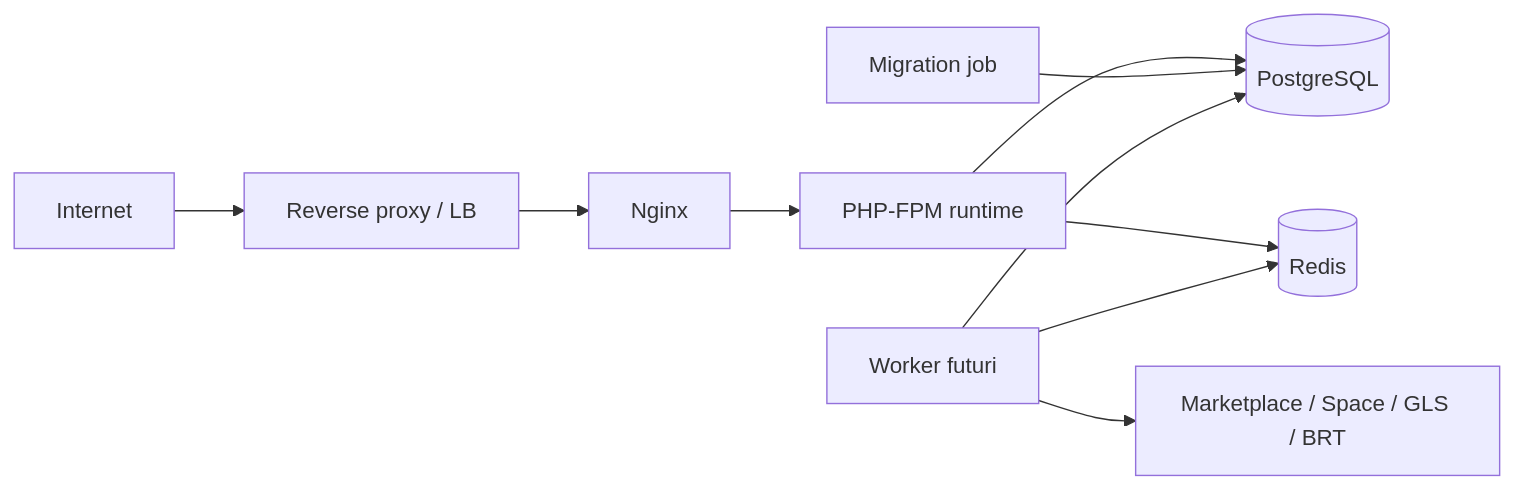
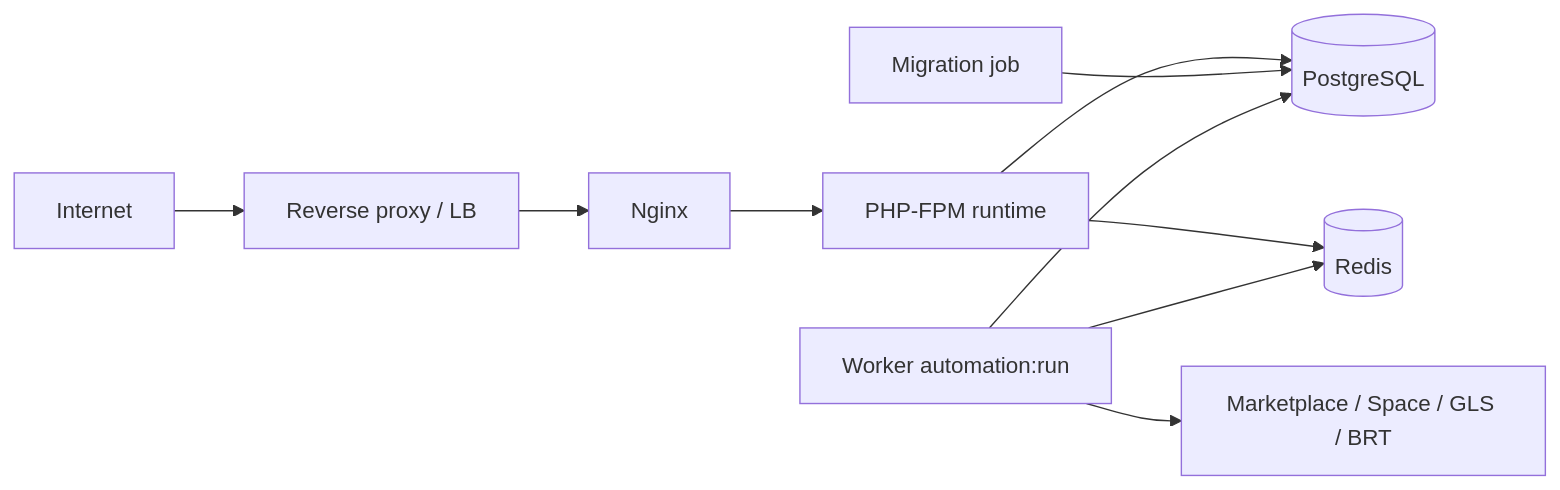
One commit to jellero/hapa changed the fifth of 5 diagrams in docs/ARCHITECTURE.md. Above: the diagram before and after it, drawn with Mermaid. The commit also changed other lines of this file and 84 other files, not shown here.

````diff
--- a/docs/ARCHITECTURE.md
+++ b/docs/ARCHITECTURE.md
@@ -1325,12 +1327,12 @@
 ```mermaid
 flowchart LR
     Internet --> Proxy[Reverse proxy / LB]
     Proxy --> Nginx
     Nginx --> PHP[PHP-FPM runtime]
     PHP --> Postgres[(PostgreSQL)]
     PHP --> Redis[(Redis)]
     Migration[Migration job] --> Postgres
-    Worker[Worker futuri] --> Postgres
+    Worker[Worker automation:run] --> Postgres
     Worker --> Redis
     Worker --> Providers[Marketplace / Space / GLS / BRT]
 ```
````
